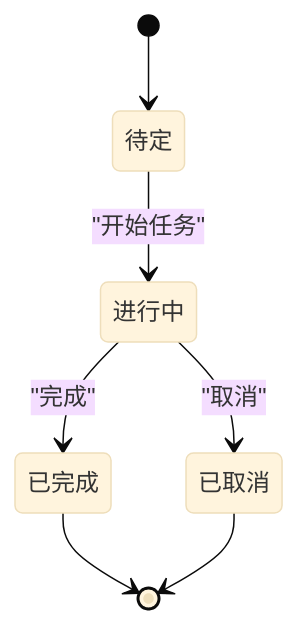
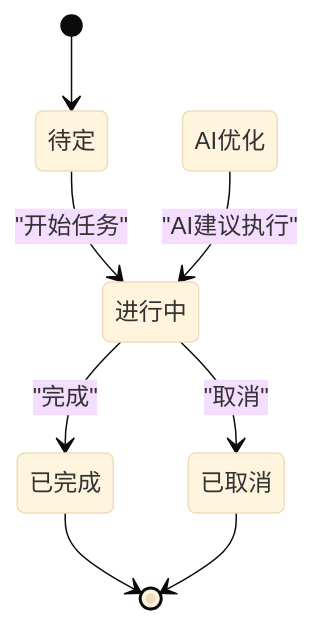
Before and after one commit to xianjianshenqu/SalesFlow-CRM: the fifth of 8 diagrams in .qoder/repowiki/zh/content/核心组件/日程管理组件 (DailySchedule).md, drawn with Mermaid (base theme). The commit also changed other lines of this file and 15 other files, not shown here.

````diff
--- a/.qoder/repowiki/zh/content/核心组件/日程管理组件 (DailySchedule).md
+++ b/.qoder/repowiki/zh/content/核心组件/日程管理组件 (DailySchedule).md
@@ -152,9 +177,10 @@
 ```mermaid
 stateDiagram-v2
 [*] --> 待定
 待定 --> 进行中 : "开始任务"
 进行中 --> 已完成 : "完成"
 进行中 --> 已取消 : "取消"
 已完成 --> [*]
 已取消 --> [*]
+AI优化 --> 进行中 : "AI建议执行"
 ```
````
